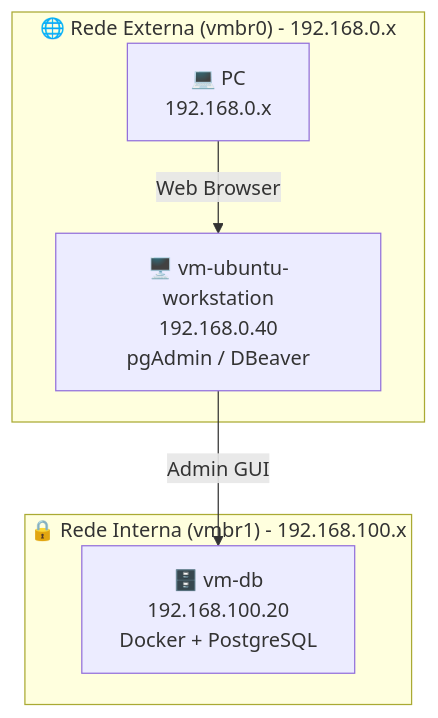
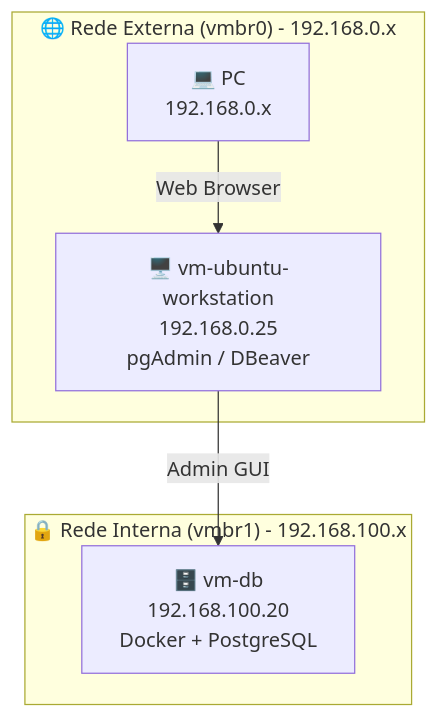
The second of 2 diagrams in JavaHelper-AI/docs/architecture/mini-datacenter-documentation.md (golberysantos/javahelpers), drawn with Mermaid before and after one commit. The commit also changed other lines of this file and 4 other files, not shown here.

````diff
--- a/JavaHelper-AI/docs/architecture/mini-datacenter-documentation.md
+++ b/JavaHelper-AI/docs/architecture/mini-datacenter-documentation.md
@@ -182,16 +81,16 @@
 ```mermaid
 flowchart TB
-    PC["💻 PC\n192.168.0.x"] -->|Web Browser| VMWS["🖥️ vm-ubuntu-workstation\n192.168.0.40\npgAdmin / DBeaver"]
-
+    PC["💻 PC\n192.168.0.x"] -->|Web Browser| VMWS["🖥️ vm-ubuntu-workstation\n192.168.0.25\npgAdmin / DBeaver"]
     VMWS -->|Admin GUI| VMDB["🗄️ vm-db\n192.168.100.20\nDocker + PostgreSQL"]
 
     subgraph External_Network ["🌐 Rede Externa (vmbr0) - 192.168.0.x"]
         PC
         VMWS
     end
 
     subgraph Internal_Network ["🔒 Rede Interna (vmbr1) - 192.168.100.x"]
         VMWS
         VMDB
     end
+
 ```
````
